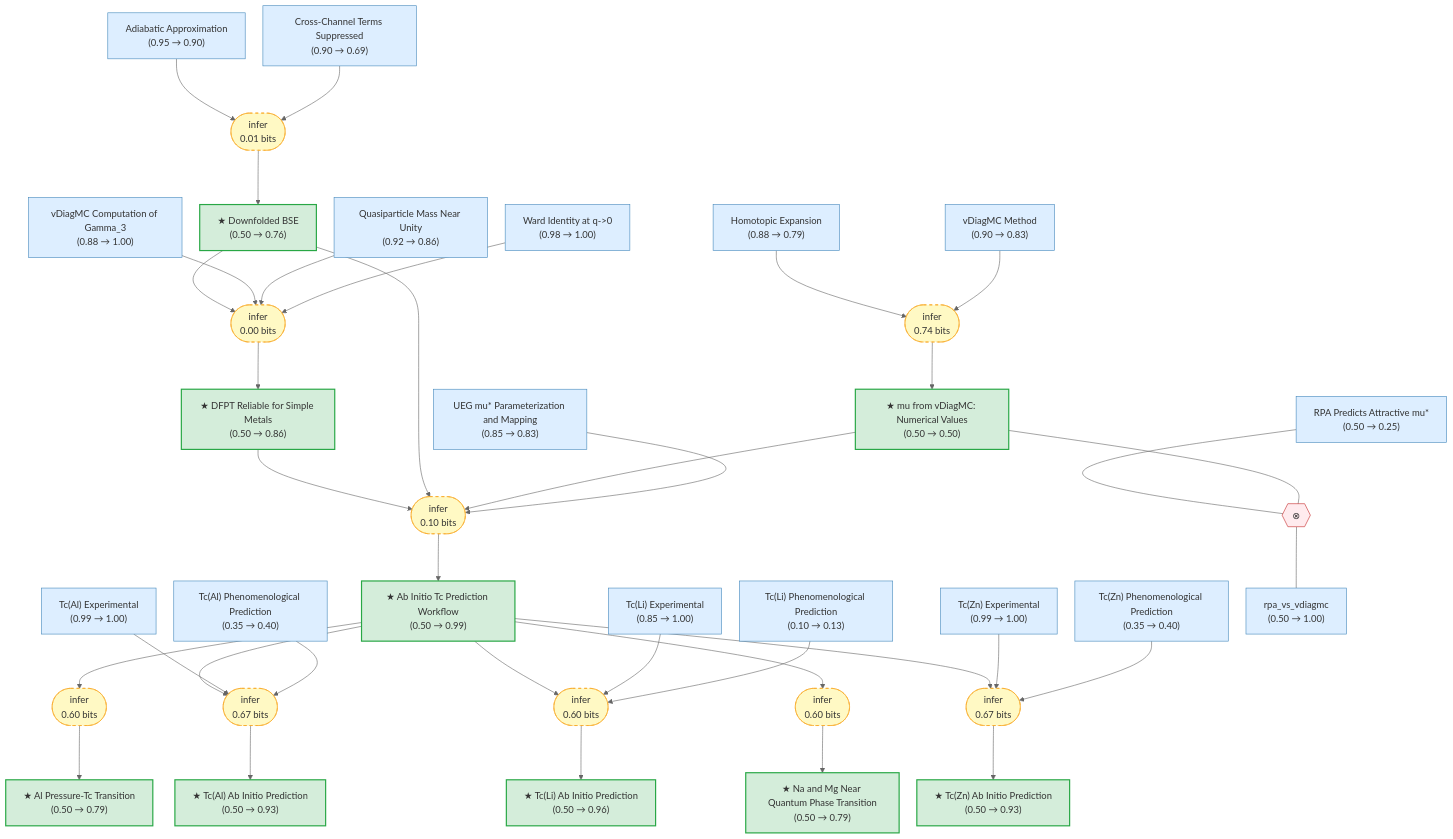
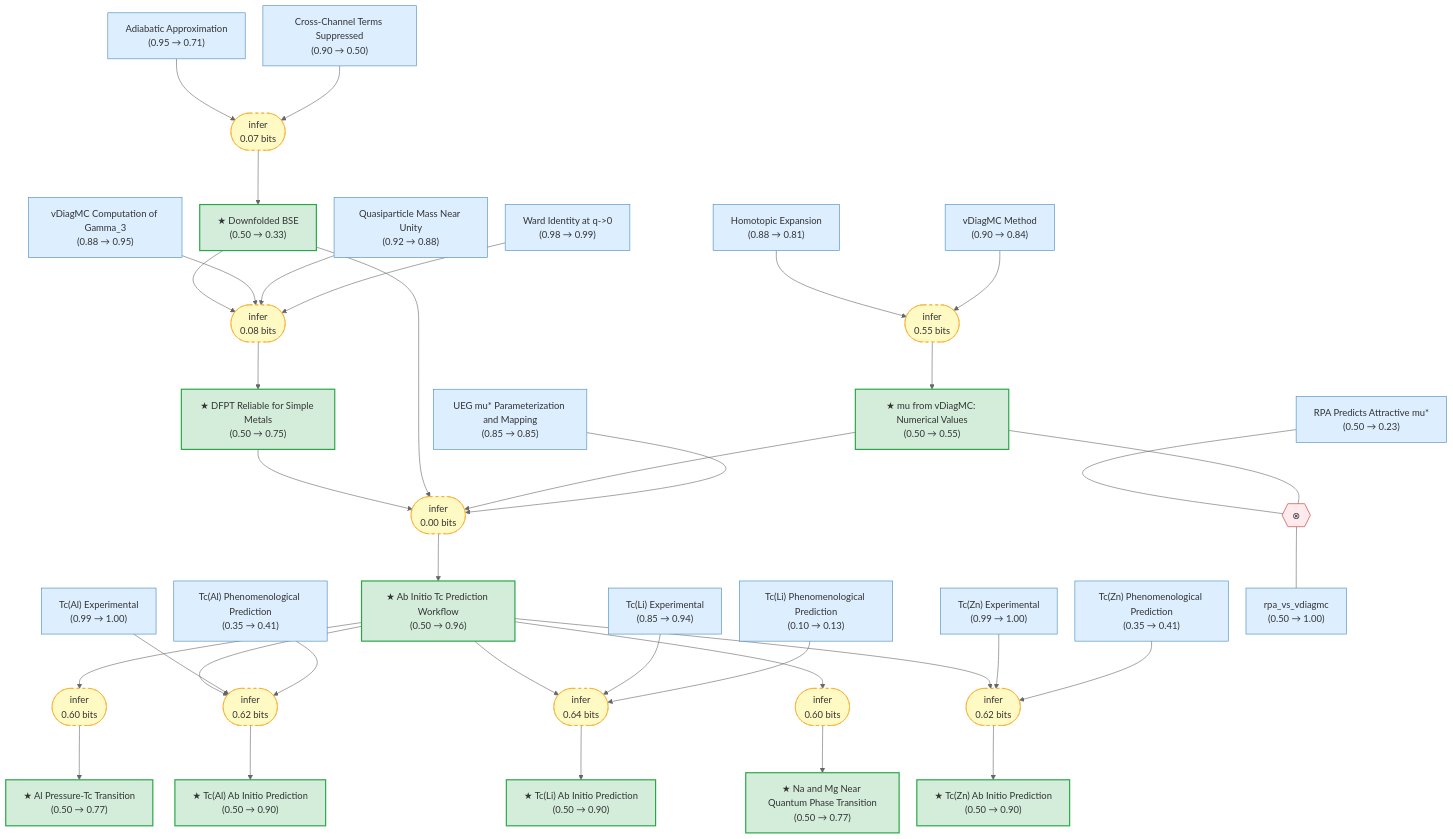
Before and after one commit to kunyuan/SuperconductivityElectronLiquids.gaia: the diagram in README.md, drawn with Mermaid (neutral theme). The commit also changed other lines of this file, not shown here.

```diff
--- a/README.md
+++ b/README.md
@@ -26,40 +26,40 @@
     nodeSpacing: 30
 ---
 graph TB
-    adiabatic_approx["Adiabatic Approximation\n(0.95 → 0.90)"]:::premise
+    adiabatic_approx["Adiabatic Approximation\n(0.95 → 0.71)"]:::premise
     tc_al_experimental["Tc(Al) Experimental\n(0.99 → 1.00)"]:::premise
-    tc_li_experimental["Tc(Li) Experimental\n(0.85 → 1.00)"]:::premise
+    tc_li_experimental["Tc(Li) Experimental\n(0.85 → 0.94)"]:::premise
     tc_zn_experimental["Tc(Zn) Experimental\n(0.99 → 1.00)"]:::premise
-    tc_al_phenomenological["Tc(Al) Phenomenological Prediction\n(0.35 → 0.40)"]:::premise
+    tc_al_phenomenological["Tc(Al) Phenomenological Prediction\n(0.35 → 0.41)"]:::premise
     tc_li_phenomenological["Tc(Li) Phenomenological Prediction\n(0.10 → 0.13)"]:::premise
-    tc_zn_phenomenological["Tc(Zn) Phenomenological Prediction\n(0.35 → 0.40)"]:::premise
-    cross_term_suppressed["Cross-Channel Terms Suppressed\n(0.90 → 0.69)"]:::premise
-    downfolded_bse["★ Downfolded BSE\n(0.50 → 0.76)"]:::exported
-    vdiagmc_method["vDiagMC Method\n(0.90 → 0.83)"]:::premise
-    homotopic_expansion["Homotopic Expansion\n(0.88 → 0.79)"]:::premise
-    mu_vdiagmc_values["★ mu from vDiagMC: Numerical Values\n(0.50 → 0.50)"]:::exported
-    ward_identity["Ward Identity at q->0\n(0.98 → 1.00)"]:::premise
-    gamma3_vdiagmc["vDiagMC Computation of Gamma_3\n(0.88 → 1.00)"]:::premise
-    quasiparticle_mass_near_unity["Quasiparticle Mass Near Unity\n(0.92 → 0.86)"]:::premise
-    dfpt_reliable_for_simple_metals["★ DFPT Reliable for Simple Metals\n(0.50 → 0.86)"]:::exported
-    ueg_pseudopotential_parameterization["UEG mu* Parameterization and Mapping\n(0.85 → 0.83)"]:::premise
-    ab_initio_workflow["★ Ab Initio Tc Prediction Workflow\n(0.50 → 0.99)"]:::exported
-    tc_al_predicted["★ Tc(Al) Ab Initio Prediction\n(0.50 → 0.93)"]:::exported
-    tc_zn_predicted["★ Tc(Zn) Ab Initio Prediction\n(0.50 → 0.93)"]:::exported
-    tc_li_predicted["★ Tc(Li) Ab Initio Prediction\n(0.50 → 0.96)"]:::exported
-    al_pressure_transition["★ Al Pressure-Tc Transition\n(0.50 → 0.79)"]:::exported
-    tc_mg_na_near_qpt["★ Na and Mg Near Quantum Phase Transition\n(0.50 → 0.79)"]:::exported
+    tc_zn_phenomenological["Tc(Zn) Phenomenological Prediction\n(0.35 → 0.41)"]:::premise
+    cross_term_suppressed["Cross-Channel Terms Suppressed\n(0.90 → 0.50)"]:::premise
+    downfolded_bse["★ Downfolded BSE\n(0.50 → 0.33)"]:::exported
+    vdiagmc_method["vDiagMC Method\n(0.90 → 0.84)"]:::premise
+    homotopic_expansion["Homotopic Expansion\n(0.88 → 0.81)"]:::premise
+    mu_vdiagmc_values["★ mu from vDiagMC: Numerical Values\n(0.50 → 0.55)"]:::exported
+    ward_identity["Ward Identity at q->0\n(0.98 → 0.99)"]:::premise
+    gamma3_vdiagmc["vDiagMC Computation of Gamma_3\n(0.88 → 0.95)"]:::premise
+    quasiparticle_mass_near_unity["Quasiparticle Mass Near Unity\n(0.92 → 0.88)"]:::premise
+    dfpt_reliable_for_simple_metals["★ DFPT Reliable for Simple Metals\n(0.50 → 0.75)"]:::exported
+    ueg_pseudopotential_parameterization["UEG mu#ast; Parameterization and Mapping\n(0.85 → 0.85)"]:::premise
+    ab_initio_workflow["★ Ab Initio Tc Prediction Workflow\n(0.50 → 0.96)"]:::exported
+    tc_al_predicted["★ Tc(Al) Ab Initio Prediction\n(0.50 → 0.90)"]:::exported
+    tc_zn_predicted["★ Tc(Zn) Ab Initio Prediction\n(0.50 → 0.90)"]:::exported
+    tc_li_predicted["★ Tc(Li) Ab Initio Prediction\n(0.50 → 0.90)"]:::exported
+    al_pressure_transition["★ Al Pressure-Tc Transition\n(0.50 → 0.77)"]:::exported
+    tc_mg_na_near_qpt["★ Na and Mg Near Quantum Phase Transition\n(0.50 → 0.77)"]:::exported
+    rpa_predicts_attractive_mu["RPA Predicts Attractive mu#ast;\n(0.50 → 0.23)"]:::premise
     rpa_vs_vdiagmc["rpa_vs_vdiagmc\n(0.50 → 1.00)"]:::premise
-    rpa_predicts_attractive_mu["RPA Predicts Attractive mu*\n(0.50 → 0.25)"]:::premise
     strat_0(["infer\n0.60 bits"]):::weak
     ab_initio_workflow --> strat_0
     strat_0 --> al_pressure_transition
-    strat_1(["infer\n0.67 bits"]):::weak
+    strat_1(["infer\n0.62 bits"]):::weak
     ab_initio_workflow --> strat_1
     tc_al_experimental --> strat_1
     tc_al_phenomenological --> strat_1
     strat_1 --> tc_al_predicted
-    strat_2(["infer\n0.60 bits"]):::weak
+    strat_2(["infer\n0.64 bits"]):::weak
     ab_initio_workflow --> strat_2
     tc_li_experimental --> strat_2
     tc_li_phenomenological --> strat_2
@@ -67,28 +67,28 @@
     strat_3(["infer\n0.60 bits"]):::weak
     ab_initio_workflow --> strat_3
     strat_3 --> tc_mg_na_near_qpt
-    strat_4(["infer\n0.67 bits"]):::weak
+    strat_4(["infer\n0.62 bits"]):::weak
     ab_initio_workflow --> strat_4
     tc_zn_experimental --> strat_4
     tc_zn_phenomenological --> strat_4
     strat_4 --> tc_zn_predicted
-    strat_5(["infer\n0.01 bits"]):::weak
+    strat_5(["infer\n0.07 bits"]):::weak
     adiabatic_approx --> strat_5
     cross_term_suppressed --> strat_5
     strat_5 --> downfolded_bse
-    strat_6(["infer\n0.10 bits"]):::weak
+    strat_6(["infer\n0.00 bits"]):::weak
     dfpt_reliable_for_simple_metals --> strat_6
     downfolded_bse --> strat_6
     mu_vdiagmc_values --> strat_6
     ueg_pseudopotential_parameterization --> strat_6
     strat_6 --> ab_initio_workflow
-    strat_7(["infer\n0.00 bits"]):::weak
+    strat_7(["infer\n0.08 bits"]):::weak
     downfolded_bse --> strat_7
     gamma3_vdiagmc --> strat_7
     quasiparticle_mass_near_unity --> strat_7
     ward_identity --> strat_7
     strat_7 --> dfpt_reliable_for_simple_metals
-    strat_8(["infer\n0.74 bits"]):::weak
+    strat_8(["infer\n0.55 bits"]):::weak
     homotopic_expansion --> strat_8
     vdiagmc_method --> strat_8
     strat_8 --> mu_vdiagmc_values
```
